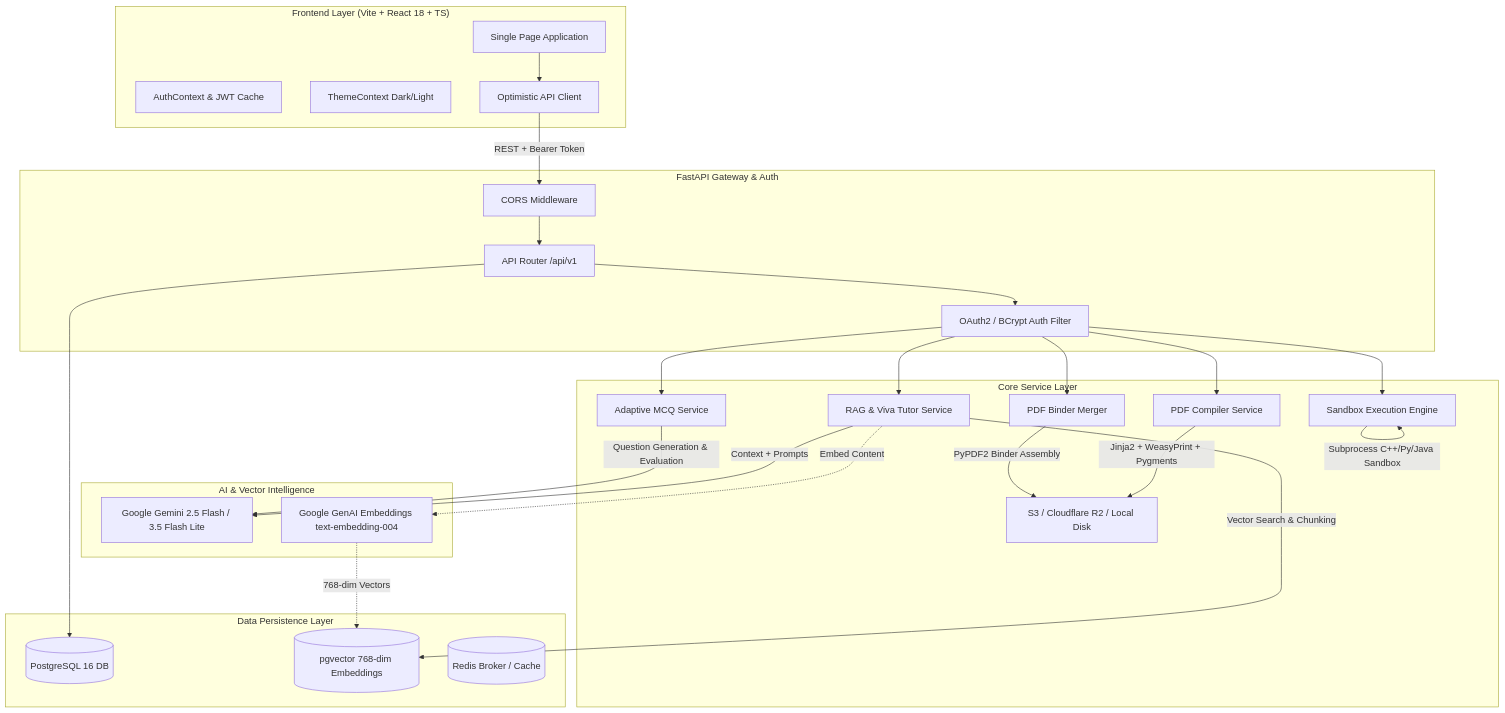
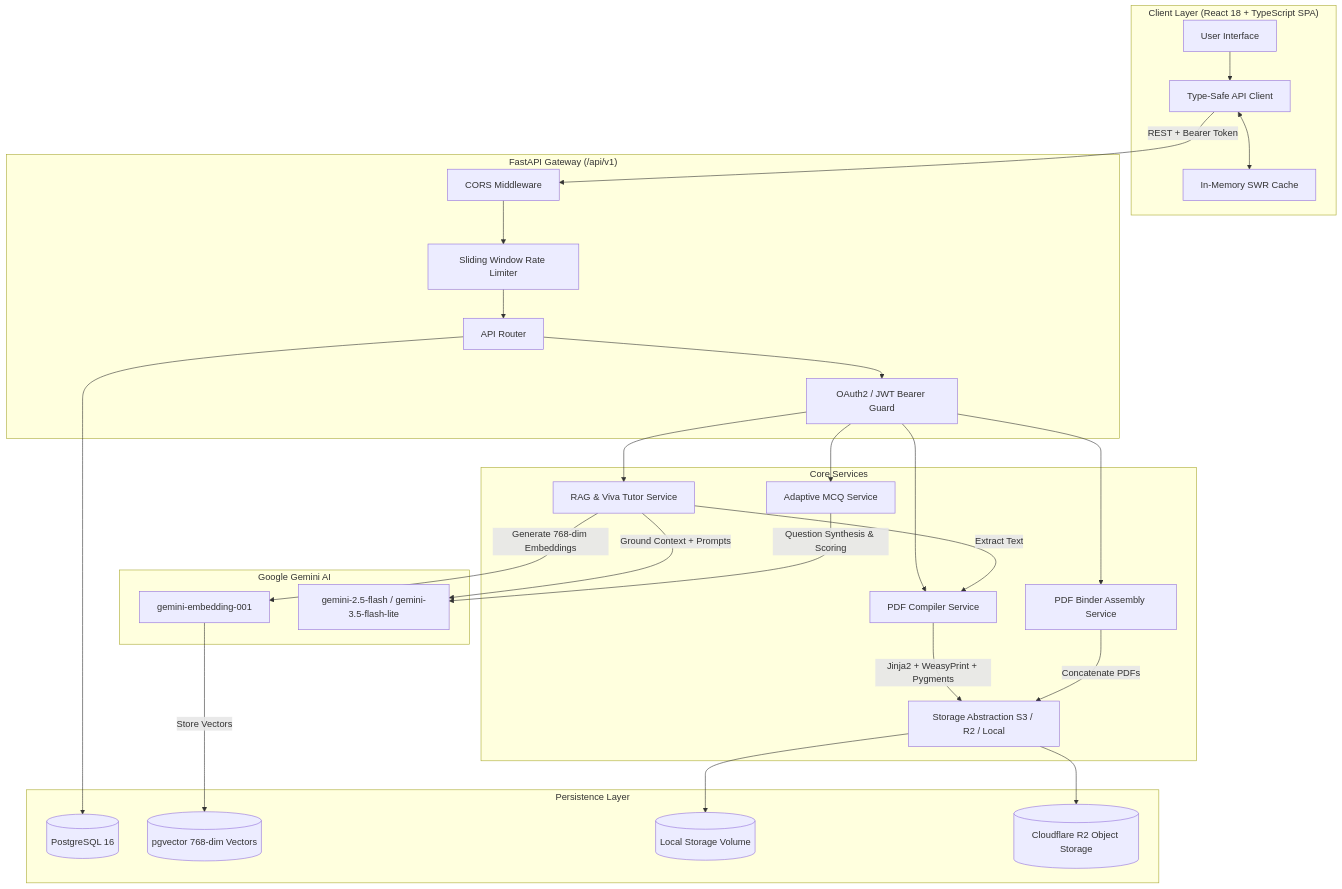
One commit to Plash-Sharma/LabPilotAI changed the diagram in README.md. Above: the diagram before and after it, drawn with Mermaid. The commit also changed other lines of this file, not shown here.

````diff
--- a/README.md
+++ b/README.md
@@ -71,57 +87,61 @@
 ```mermaid
 flowchart TD
-    subgraph Client ["Frontend Layer (Vite + React 18 + TS)"]
-        UI[Single Page Application]
-        AuthCtx[AuthContext & JWT Cache]
-        ThemeCtx[ThemeContext Dark/Light]
-        ClientAPI[Optimistic API Client]
+    subgraph Client ["Client Layer (React 18 + TypeScript SPA)"]
+        UI[User Interface]
+        ClientAPI[Type-Safe API Client]
+        Cache[In-Memory SWR Cache]
     end
 
-    subgraph Gateway ["FastAPI Gateway & Auth"]
-        Router[API Router /api/v1]
-        JWTAuth[OAuth2 / BCrypt Auth Filter]
+    subgraph API_Gateway ["FastAPI Gateway (/api/v1)"]
+        Router[API Router]
+        AuthGuard[OAuth2 / JWT Bearer Guard]
+        RateLimiter[Sliding Window Rate Limiter]
         CORS[CORS Middleware]
     end
 
-    subgraph Processing ["Core Service Layer"]
-        PDFServ[PDF Compiler Service]
-        ExecServ[Sandbox Execution Engine]
-        RAGServ[RAG & Viva Tutor Service]
-        MCQServ[Adaptive MCQ Service]
-        MergeServ[PDF Binder Merger]
-        StorageServ[S3 / Cloudflare R2 / Local Disk]
+    subgraph Application_Services ["Core Services"]
+        PDFService[PDF Compiler Service]
+        RAGService[RAG & Viva Tutor Service]
+        MCQService[Adaptive MCQ Service]
+        MergeService[PDF Binder Assembly Service]
+        StorageService[Storage Abstraction S3 / R2 / Local]
     end
 
-    subgraph AI ["AI & Vector Intelligence"]
-        GeminiLLM[Google Gemini 2.5 Flash / 3.5 Flash Lite]
-        GeminiEmbed[Google GenAI Embeddings text-embedding-004]
+    subgraph Vector_and_Data ["Persistence Layer"]
+        Postgres[(PostgreSQL 16)]
+        PGVector[(pgvector 768-dim Vectors)]
+        LocalFS[(Local Storage Volume)]
+        R2[(Cloudflare R2 Object Storage)]
     end
 
-    subgraph Data ["Data Persistence Layer"]
-        Postgres[(PostgreSQL 16 DB)]
-        PGVector[(pgvector 768-dim Embeddings)]
-        RedisCache[(Redis Broker / Cache)]
+    subgraph AI_Engine ["Google Gemini AI"]
+        EmbedAPI[gemini-embedding-001]
+        LLMAPI[gemini-2.5-flash / gemini-3.5-flash-lite]
     end
 
     UI --> ClientAPI
+    ClientAPI <--> Cache
     ClientAPI -->|REST + Bearer Token| CORS
-    CORS --> Router
-    Router --> JWTAuth
+    CORS --> RateLimiter
+    RateLimiter --> Router
+    Router --> AuthGuard
 
-    JWTAuth --> PDFServ
-    JWTAuth --> ExecServ
-    JWTAuth --> RAGServ
-    JWTAuth --> MCQServ
-    JWTAuth --> MergeServ
+    AuthGuard --> PDFService
+    AuthGuard --> RAGService
+    AuthGuard --> MCQService
+    AuthGuard --> MergeService
 
-    PDFServ -->|Jinja2 + WeasyPrint + Pygments| StorageServ
-    ExecServ -->|Subprocess C++/Py/Java Sandbox| ExecServ
-    RAGServ -->|Vector Search & Chunking| PGVector
-    RAGServ -->|Context + Prompts| GeminiLLM
-    MCQServ -->|Question Generation & Evaluation| GeminiLLM
-    MergeServ -->|PyPDF2 Binder Assembly| StorageServ
+    PDFService -->|Jinja2 + WeasyPrint + Pygments| StorageService
+    StorageService --> LocalFS
+    StorageService --> R2
 
-    RAGServ -.->|Embed Content| GeminiEmbed
-    GeminiEmbed -.->|768-dim Vectors| PGVector
+    RAGService -->|Extract Text| PDFService
+    RAGService -->|Generate 768-dim Embeddings| EmbedAPI
+    EmbedAPI -->|Store Vectors| PGVector
+    RAGService -->|Ground Context + Prompts| LLMAPI
+
+    MCQService -->|Question Synthesis & Scoring| LLMAPI
+    MergeService -->|Concatenate PDFs| StorageService
+
     Router --> Postgres
 ```
````
